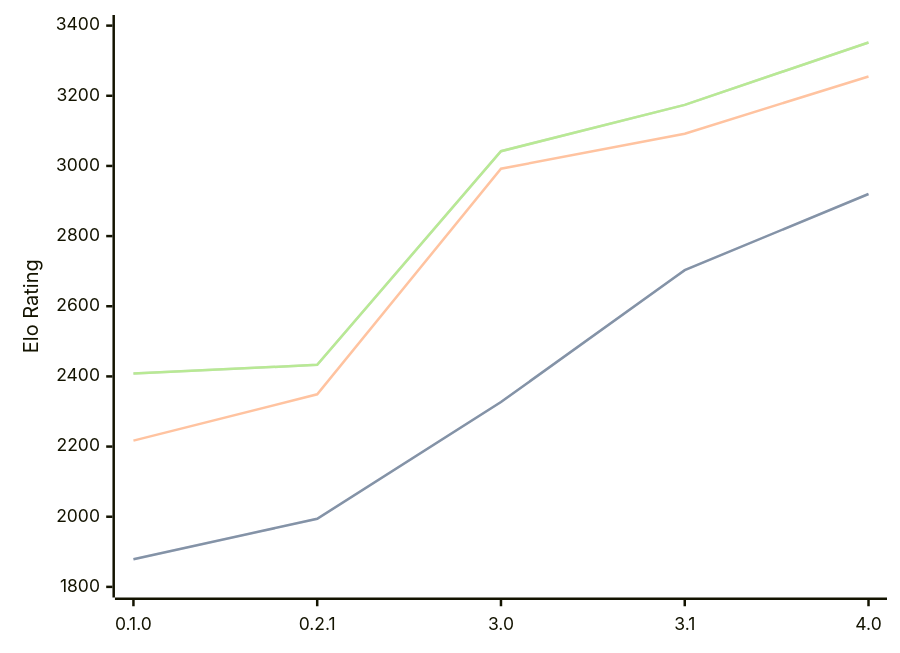
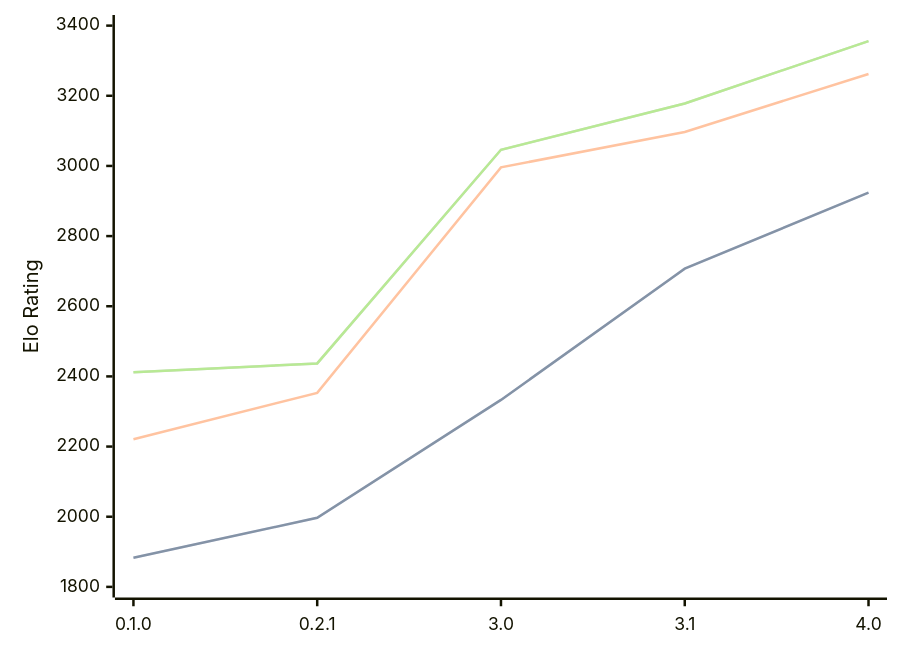
One commit to computer-chess-index/cci changed the diagram in engines/Sykora.md. Above: the diagram before and after it, drawn with Mermaid. The commit also changed other lines of this file, not shown here.

Commit message:
Update CCI Ratings (ELO VLTC) - 2026-08-18

````diff
--- a/engines/Sykora.md
+++ b/engines/Sykora.md
@@ -36,11 +36,11 @@
 ```mermaid
 %%{init: {"theme":"base","themeVariables":{"seriesColors:['#a3a3a3','#222221','#faa371']}}}%%
 xychart-beta
   x-axis ["0.1.0", "0.2.1", "3.0", "3.1", "4.0"]
   y-axis "Elo Rating" 1800 --> 3400
-  line "STC (8.0+0.08s)" [1879, 1994, 2327, 2703, 2920]
-  line "STC (8.0+0.08s)" [1879, 1994, 2327, 2703, 2920]
-  line "LTC (60.0+0.60s)" [2217, 2349, 2992, 3092, 3255]
-  line "VLTC (2m24s+1.12s)" [2408, 2433, 3042, 3174, 3352]
-  line "VLTC (2m24s+1.12s)" [2408, 2433, 3042, 3174, 3352]
+  line "STC (8.0+0.08s)" [1883, 1997, 2333, 2707, 2924]
+  line "STC (8.0+0.08s)" [1883, 1997, 2333, 2707, 2924]
+  line "LTC (60.0+0.60s)" [2221, 2353, 2996, 3097, 3262]
+  line "VLTC (2m24s+1.12s)" [2412, 2437, 3046, 3178, 3356]
+  line "VLTC (2m24s+1.12s)" [2412, 2437, 3046, 3178, 3356]
 ```
````
